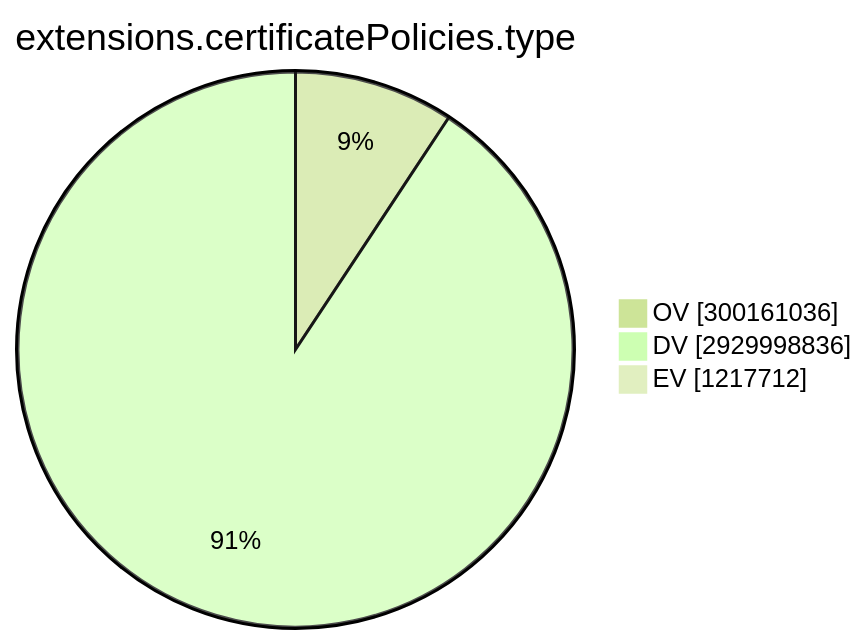
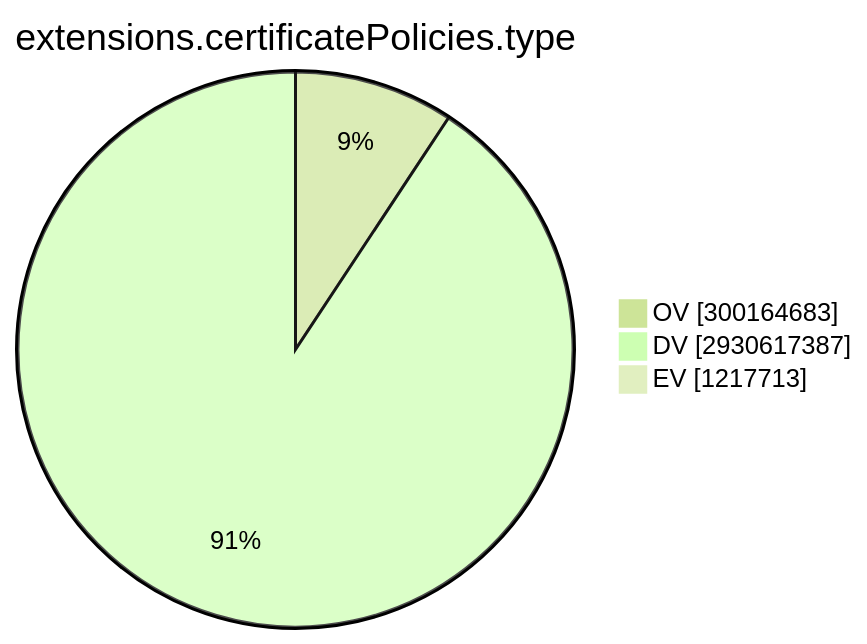
The ninth of 15 diagrams in TOTAL/README.md (christiankrug/ctmonitor_visualization), drawn with Mermaid (forest theme) before and after one commit. The commit also changed other lines of this file, not shown here.

````diff
--- a/TOTAL/README.md
+++ b/TOTAL/README.md
@@ -3101,7 +3101,7 @@
 ```mermaid
 pie showData
 title extensions.certificatePolicies.type
-"OV" :300161036
-"DV" :2929998836
-"EV" :1217712
+"OV" :300164683
+"DV" :2930617387
+"EV" :1217713
 ```
````
